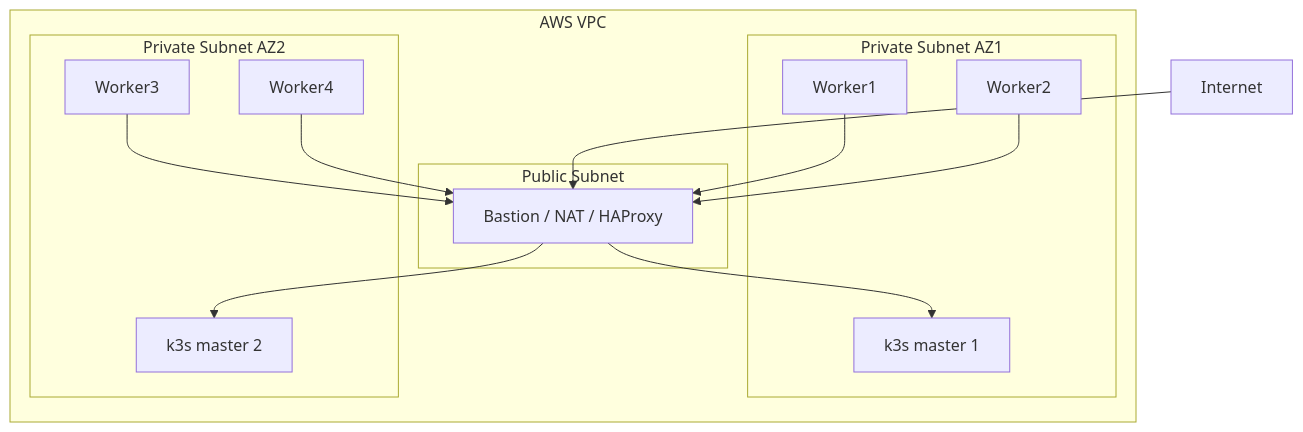
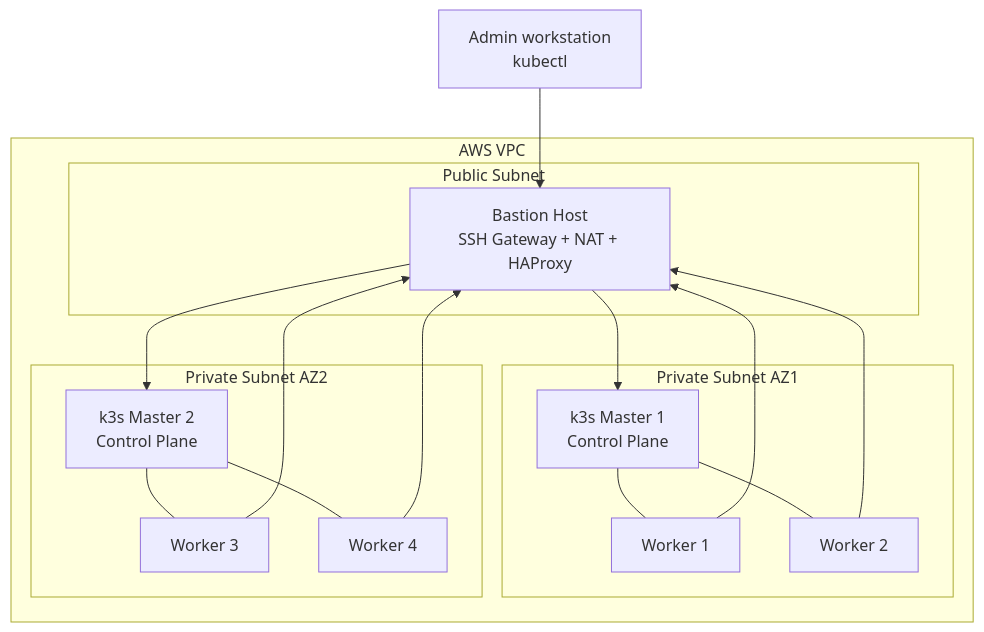
One commit to pve159/k3s-platform-demo changed the first of 4 diagrams in README.md. Above: the diagram before and after it, drawn with Mermaid. The commit also changed other lines of this file, not shown here.

````diff
--- a/README.md
+++ b/README.md
@@ -47,33 +47,40 @@
 ``` mermaid
-flowchart TB
+flowchart TD
 
-Internet --> Bastion
+Admin["Admin workstation<br/>kubectl"]
 
-subgraph AWS VPC
-    Bastion["Bastion / NAT / HAProxy"]
+Admin --> Bastion
 
-    subgraph Public Subnet
-        Bastion
+subgraph VPC["AWS VPC"]
+
+    subgraph PublicSubnet["Public Subnet"]
+        Bastion["Bastion Host<br/>SSH Gateway + NAT + HAProxy"]
     end
 
-    subgraph Private Subnet AZ1
-        Master1["k3s master 1"]
-        Worker1
-        Worker2
+    subgraph AZ1["Private Subnet AZ1"]
+        Master1["k3s Master 1<br/>Control Plane"]
+        Worker1["Worker 1"]
+        Worker2["Worker 2"]
     end
 
-    subgraph Private Subnet AZ2
-        Master2["k3s master 2"]
-        Worker3
-        Worker4
+    subgraph AZ2["Private Subnet AZ2"]
+        Master2["k3s Master 2<br/>Control Plane"]
+        Worker3["Worker 3"]
+        Worker4["Worker 4"]
     end
 
-    Bastion --> Master1
-    Bastion --> Master2
+end
 
-    Worker1 --> Bastion
-    Worker2 --> Bastion
-    Worker3 --> Bastion
-    Worker4 --> Bastion
-end
+Bastion --> Master1
+Bastion --> Master2
+
+Worker1 --> Bastion
+Worker2 --> Bastion
+Worker3 --> Bastion
+Worker4 --> Bastion
+
+Master1 --- Worker1
+Master1 --- Worker2
+Master2 --- Worker3
+Master2 --- Worker4
 ```
````
